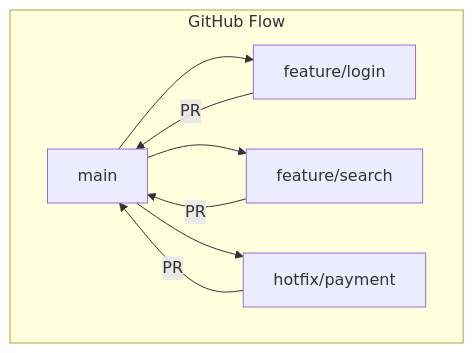
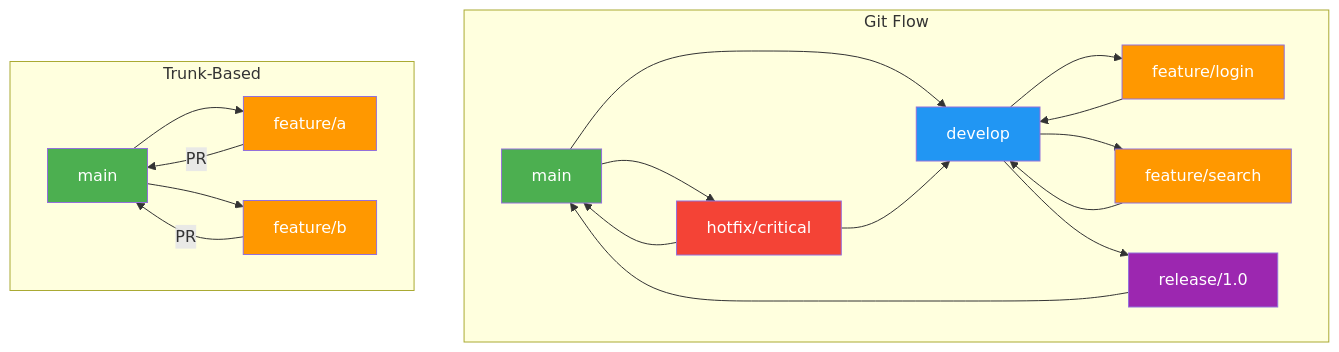
One commit to Raushan666java/ai-engineering-journey changed the third of 7 diagrams in docs/courses/software-engineering/10-configuration-management.md. Above: the diagram before and after it, drawn with Mermaid. The commit also changed other lines of this file and 15 other files, not shown here.

Commit message:
deploy: software-engineering overhaul - 16 chapters expanded to avg 1284L (+7649L), richer Mermaid, more TS, deeper content

````diff
--- a/docs/courses/software-engineering/10-configuration-management.md
+++ b/docs/courses/software-engineering/10-configuration-management.md
@@ -97,11 +121,34 @@
 ```mermaid
-graph TD
-    subgraph "GitHub Flow"
-        MAIN[main] --> FB1[feature/login]
-        FB1 -->|PR| MAIN
-        MAIN --> FB2[feature/search]
-        FB2 -->|PR| MAIN
-        MAIN --> HOTFIX[hotfix/payment]
-        HOTFIX -->|PR| MAIN
+flowchart TD
+    subgraph "Git Flow"
+        MAIN[main] --> DEV[develop]
+        DEV --> F1[feature/login]
+        DEV --> F2[feature/search]
+        F1 --> DEV
+        F2 --> DEV
+        DEV --> RC[release/1.0]
+        RC --> MAIN
+        MAIN --> HF[hotfix/critical]
+        HF --> MAIN
+        HF --> DEV
     end
+    
+    subgraph "Trunk-Based"
+        MAIN2[main] --> F3[feature/a]
+        MAIN2 --> F4[feature/b]
+        F3 -->|PR| MAIN2
+        F4 -->|PR| MAIN2
+    end
+    
+    classDef main fill:#4caf50,color:#fff
+    classDef dev fill:#2196f3,color:#fff
+    classDef feat fill:#ff9800,color:#fff
+    classDef release fill:#9c27b0,color:#fff
+    classDef hotfix fill:#f44336,color:#fff
+    
+    class MAIN,MAIN2 main
+    class DEV dev
+    class F1,F2,F3,F4 feat
+    class RC release
+    class HF hotfix
 ```
````
